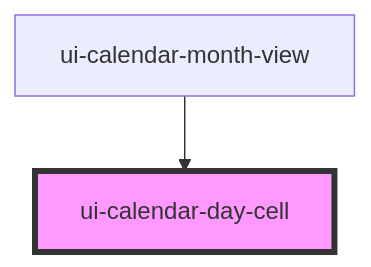
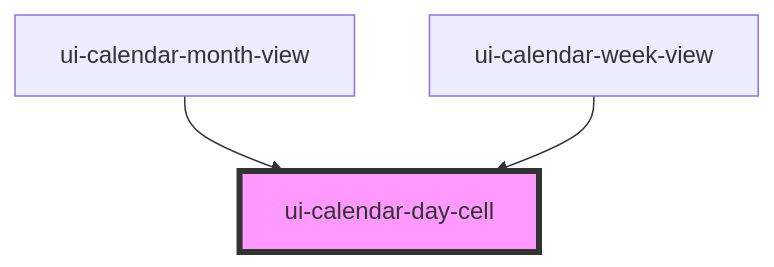
One commit to danieluxury88/UI-Platform changed the diagram in packages/design-system/src/components/ui-calendar-day-cell/readme.md. Above: the diagram before and after it, drawn with Mermaid. The commit also changed other lines of this file and 20 other files, not shown here.

Commit message:
feat: add calendar week view and repo onboarding setup

````diff
--- a/packages/design-system/src/components/ui-calendar-day-cell/readme.md
+++ b/packages/design-system/src/components/ui-calendar-day-cell/readme.md
@@ -34,5 +35,6 @@
 ```mermaid
 graph TD;
   ui-calendar-month-view --> ui-calendar-day-cell
+  ui-calendar-week-view --> ui-calendar-day-cell
   style ui-calendar-day-cell fill:#f9f,stroke:#333,stroke-width:4px
 ```
````
